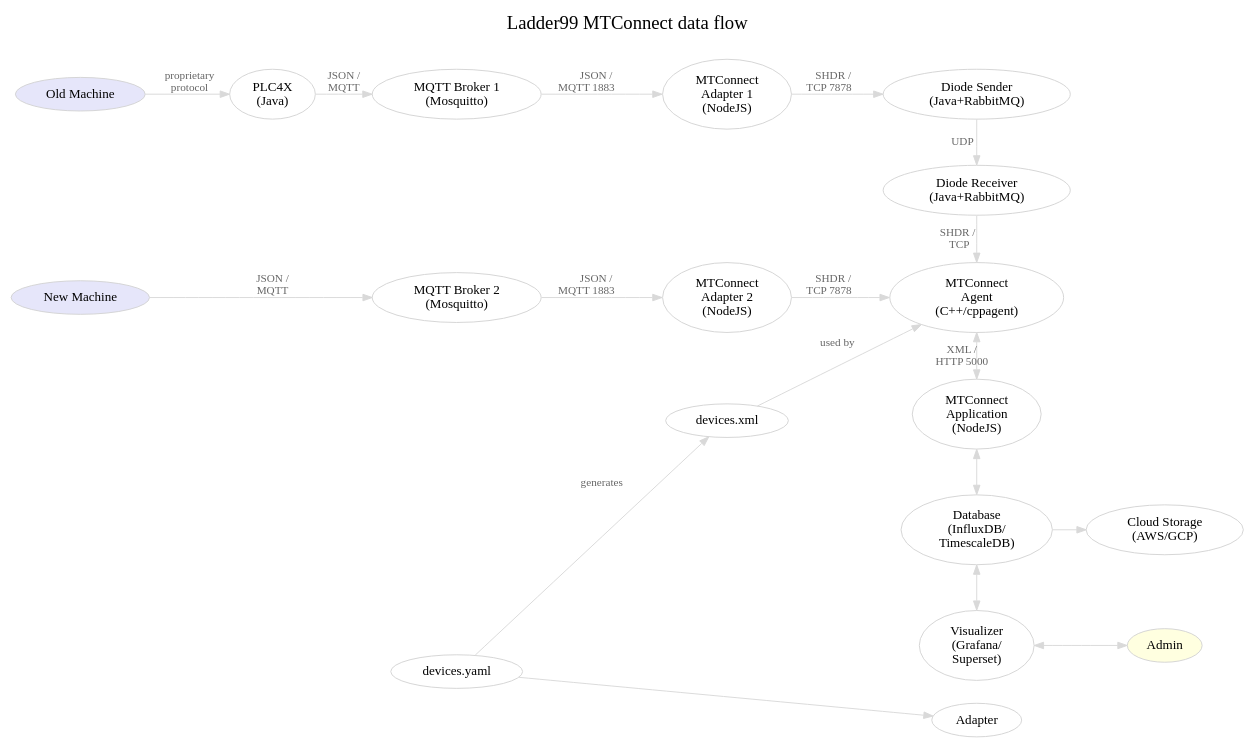
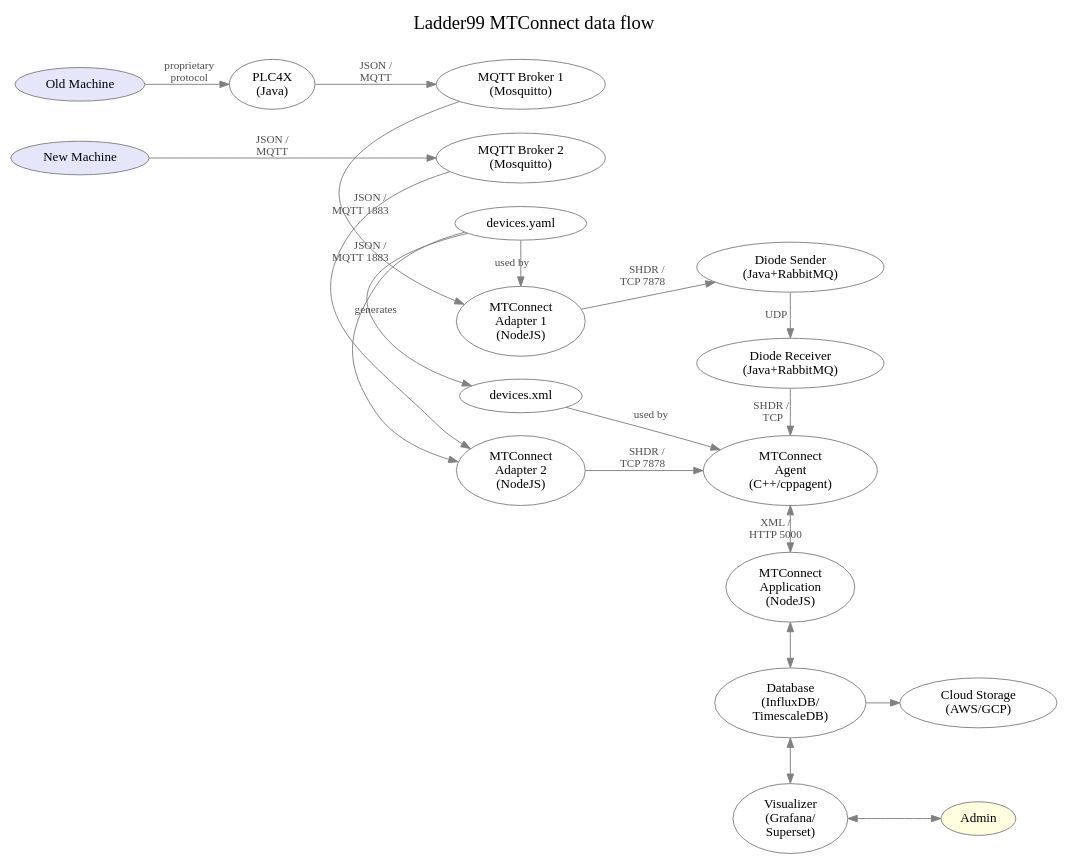
Before and after one commit to Ladder99/ladder99: the diagram in docs/architecture.dot, drawn with Graphviz.

Commit message:
wip docs

```diff
--- a/docs/architecture.dot
+++ b/docs/architecture.dot
@@ -1,63 +1,65 @@
 digraph "ladder99-adapter" {
 
   // styles
   graph [ label="Ladder99 MTConnect data flow\n "; color=lightgray; ];
   graph [ fontsize=20 ];
   graph [ labelloc=t ];
   graph [ ranksep=0.2 ];
   graph [ nodesep=0.35 ];
   graph [ rankdir=LR; ] // left-to-right
-  node [ color=lightgray; fillcolor=white; style=filled ];
-  edge [ color=gray85 ];
-  edge [ fontsize=12; fontcolor=gray40; ];
+  node [ color=gray; fillcolor=white; style=filled ];
+  edge [ color=gray ];
+  edge [ fontsize=12; fontcolor=gray30; ];
 
   // nodes
   OldMachine [ fillcolor=lavender; label="Old Machine" ];
   NewMachine [ fillcolor=lavender; label="New Machine" ];
   PLC4X [ label="PLC4X\n(Java)" ];
   Broker1 [ label="MQTT Broker 1\n(Mosquitto)" ];
   Broker2 [ label="MQTT Broker 2\n(Mosquitto)" ];
   Adapter1 [ fillcolor=white; label="MTConnect\nAdapter 1\n(NodeJS)" ];
   Adapter2 [ fillcolor=white; label="MTConnect\nAdapter 2\n(NodeJS)" ];
   DevicesYaml [ label="devices.yaml" ];
   DiodeSender [ label="Diode Sender\n(Java+RabbitMQ)" ];
   DiodeReceiver [ label="Diode Receiver\n(Java+RabbitMQ)" ];
   Agent [ fillcolor=white; label="MTConnect\nAgent\n(C++/cppagent)" ];
   DevicesXml [ label="devices.xml" ];
   Application [ fillcolor=white; label="MTConnect\nApplication\n(NodeJS)" ];
   Database [ label="Database\n(InfluxDB/\nTimescaleDB)" ];
   Visualizer [ label="Visualizer\n(Grafana/\nSuperset)" ];
   Cloud [ label="Cloud Storage\n(AWS/GCP)" ];
   Admin [ fillcolor=lightyellow ];
   // LOI [ label="LOI\n(SvelteJS)" ];
   // Operator [ fillcolor=lightyellow ];
 
   // edges
   OldMachine -> PLC4X [ label="proprietary\nprotocol" ];
   PLC4X -> Broker1 [ label="JSON / \nMQTT" ];
   NewMachine -> Broker2 [ label="JSON / \nMQTT" ];
   Broker1 -> Adapter1 [ label="JSON /    \nMQTT 1883           " ];
   Broker2 -> Adapter2 [ label="JSON /    \nMQTT 1883           " ];
   Adapter1 -> DiodeSender [ label="SHDR /   \nTCP 7878      " ];
   Adapter2 -> Agent [ label="SHDR /   \nTCP 7878      " ];
-  DevicesYaml -> Adapter [ ];
+  DevicesYaml -> Adapter1 [ label="used by" ];
+  DevicesYaml -> Adapter2 [ ];
   DevicesYaml -> DevicesXml [ label="generates" ];
   DiodeSender -> DiodeReceiver [ label="UDP    " ];
   DiodeReceiver -> Agent [ label="SHDR /   \nTCP  " ];
   // Adapter -> Agent [ label="SHDR/\nTCP 7878" ];
   Agent -> Application [ dir=both; label="XML /\nHTTP 5000" ];
   DevicesXml -> Agent [ label="used by" ];
   Application -> Database [ dir=both ];
   Database -> Visualizer [ dir=both ];
   Database -> Cloud;
   Visualizer -> Admin [ dir=both ];
   // Application -> LOI;
   // LOI -> Operator;
 
   // rank
   { rank=same; OldMachine NewMachine };
-  { rank=same; Broker1 Broker2 };
-  // { rank=same; DevicesYaml DevicesXml };
+  { rank=same; Broker1 Broker2 DevicesYaml };
+  { rank=same; DevicesYaml DevicesXml };
   // { rank=same; PLC4X Broker Adapter DiodeSender DiodeReceiver Agent Application Database Visualizer };
-  { rank=same; Adapter DiodeSender DiodeReceiver Agent Application Database Visualizer };
+  { rank=same; Adapter1 Adapter2 DevicesXml };
+  { rank=same; DiodeSender DiodeReceiver Agent Application Database Visualizer };
 }
```
